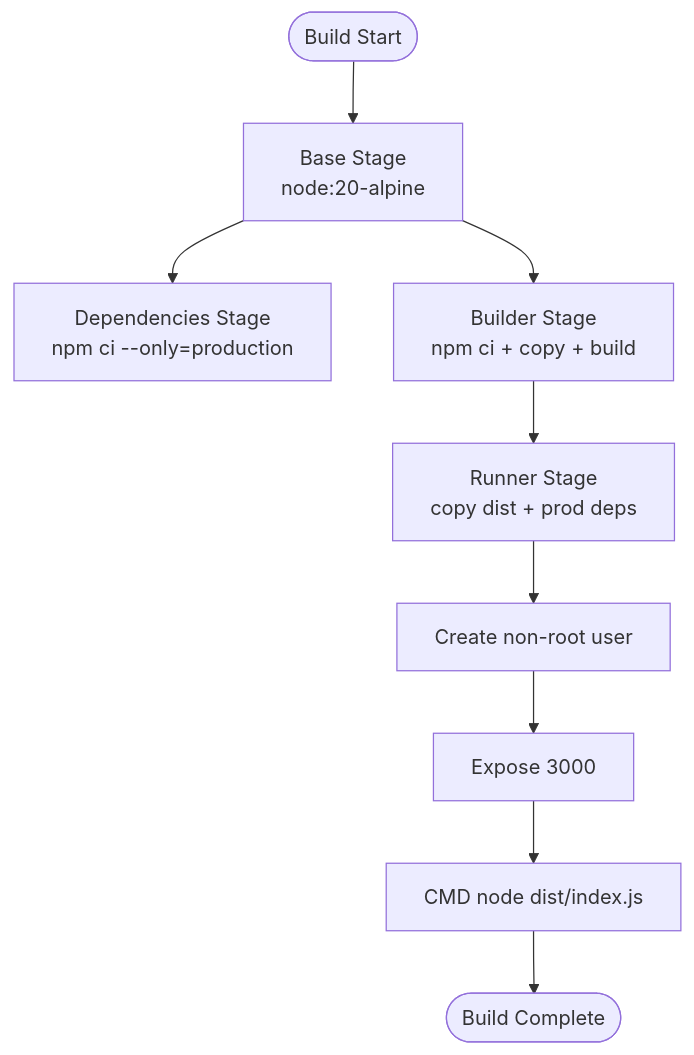
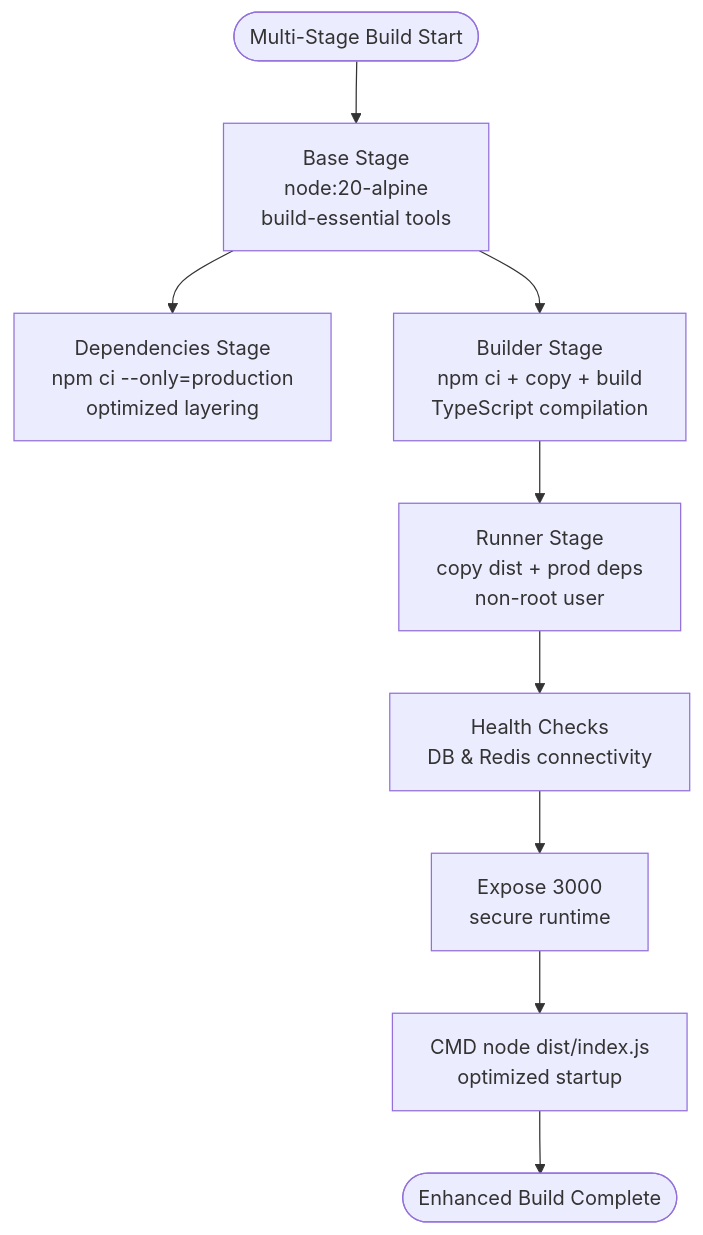
Before and after one commit to franckylab/eLISAschool: the third of 5 diagrams in .qoder/repowiki/en/content/Deployment & Docker Configuration.md, drawn with Mermaid. The commit also changed other lines of this file and 126 other files, not shown here.

````diff
--- a/.qoder/repowiki/en/content/Deployment & Docker Configuration.md
+++ b/.qoder/repowiki/en/content/Deployment & Docker Configuration.md
@@ -133,11 +175,11 @@
 ```mermaid
 flowchart TD
-Start(["Build Start"]) --> Base["Base Stage<br/>node:20-alpine"]
-Base --> Deps["Dependencies Stage<br/>npm ci --only=production"]
-Base --> Builder["Builder Stage<br/>npm ci + copy + build"]
-Builder --> Runner["Runner Stage<br/>copy dist + prod deps"]
-Runner --> User["Create non-root user"]
-User --> Expose["Expose 3000"]
-Expose --> Cmd["CMD node dist/index.js"]
-Cmd --> End(["Build Complete"])
+Start(["Multi-Stage Build Start"]) --> Base["Base Stage<br/>node:20-alpine<br/>build-essential tools"]
+Base --> Deps["Dependencies Stage<br/>npm ci --only=production<br/>optimized layering"]
+Base --> Builder["Builder Stage<br/>npm ci + copy + build<br/>TypeScript compilation"]
+Builder --> Runner["Runner Stage<br/>copy dist + prod deps<br/>non-root user"]
+Runner --> Health["Health Checks<br/>DB & Redis connectivity"]
+Health --> Expose["Expose 3000<br/>secure runtime"]
+Expose --> Cmd["CMD node dist/index.js<br/>optimized startup"]
+Cmd --> End(["Enhanced Build Complete"])
 ```
````
